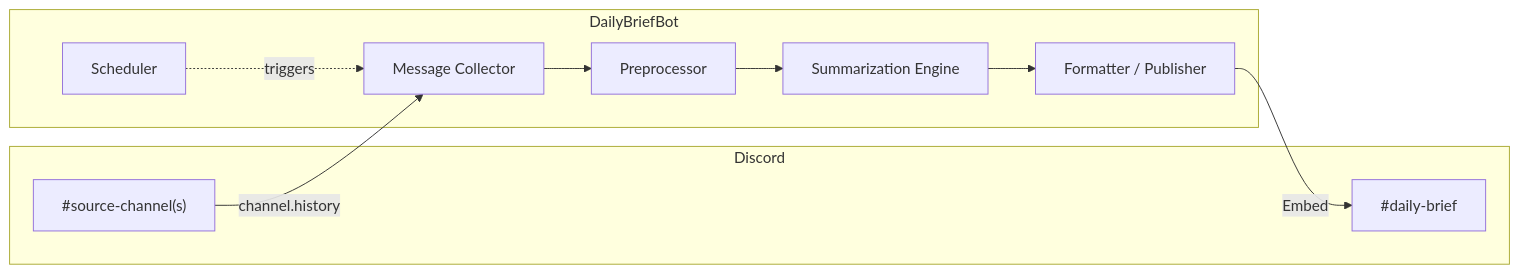
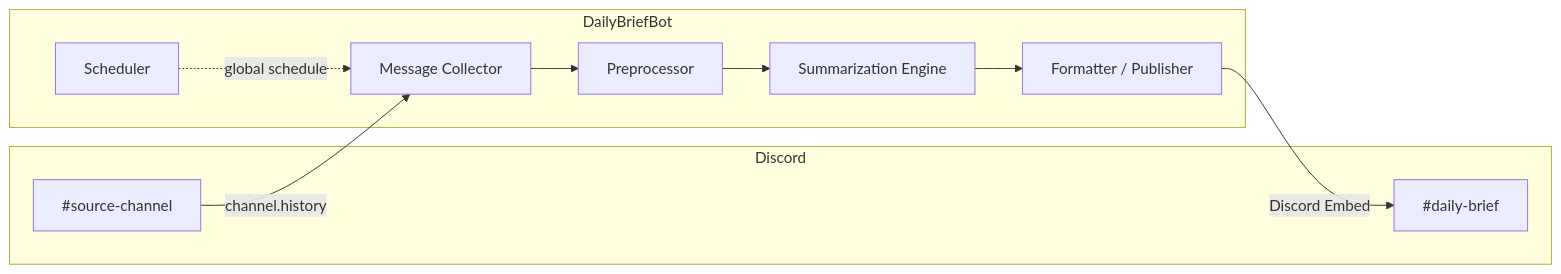
The first of 6 diagrams in docs/architecture.md (jdrews/dailybriefbot), drawn with Mermaid before and after one commit. The commit also changed other lines of this file, not shown here.

Commit message:
Refine architecture documentation and update summarization pipeline details for MVP

````diff
--- a/docs/architecture.md
+++ b/docs/architecture.md
@@ -10,22 +10,22 @@
 ```mermaid
 flowchart LR
     subgraph Discord
-        SC["#source-channel(s)"]
+        SC["#source-channel"]
         BC["#daily-brief"]
     end
 
     subgraph DailyBriefBot
+        SCH[Scheduler]
         COL[Message Collector]
         PRE[Preprocessor]
         SUM[Summarization Engine]
         FMT[Formatter / Publisher]
-        SCH[Scheduler]
     end
 
     SC -->|channel.history| COL
     COL --> PRE
     PRE --> SUM
     SUM --> FMT
-    FMT -->|Embed| BC
-    SCH -.->|triggers| COL
+    FMT -->|Discord Embed| BC
+    SCH -.->|global schedule| COL
 ```
````
